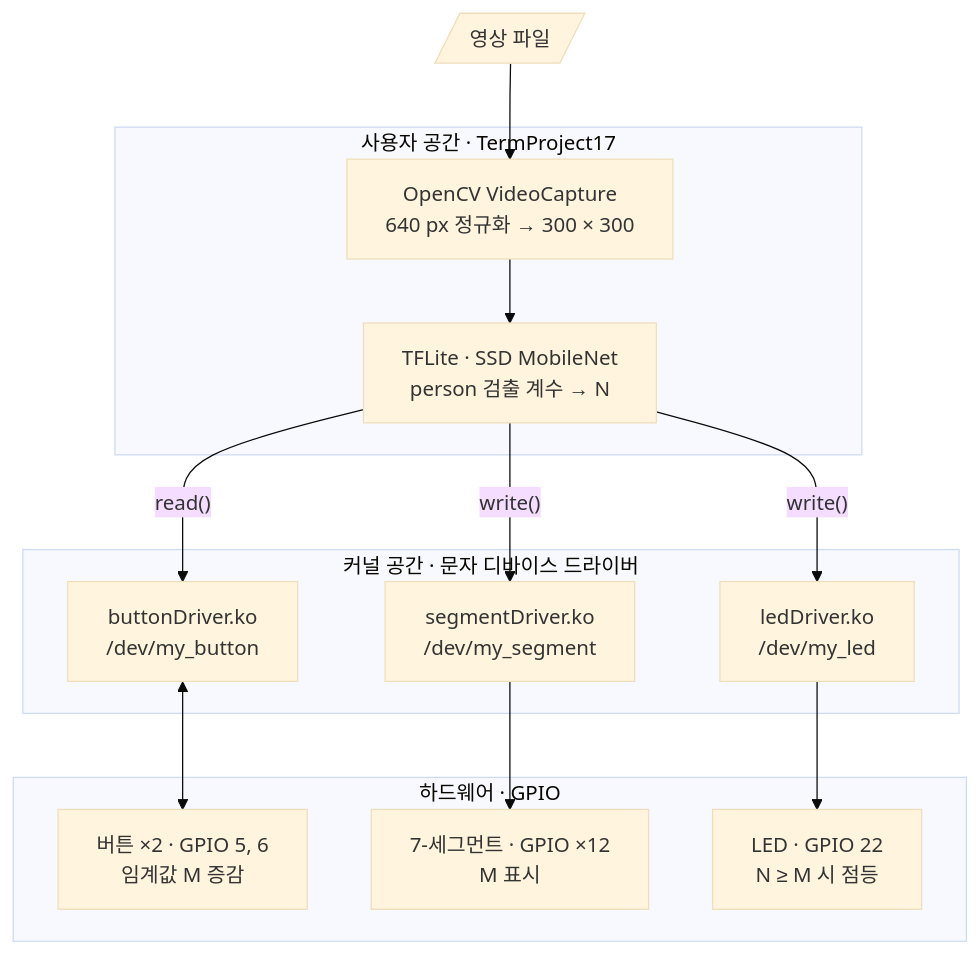
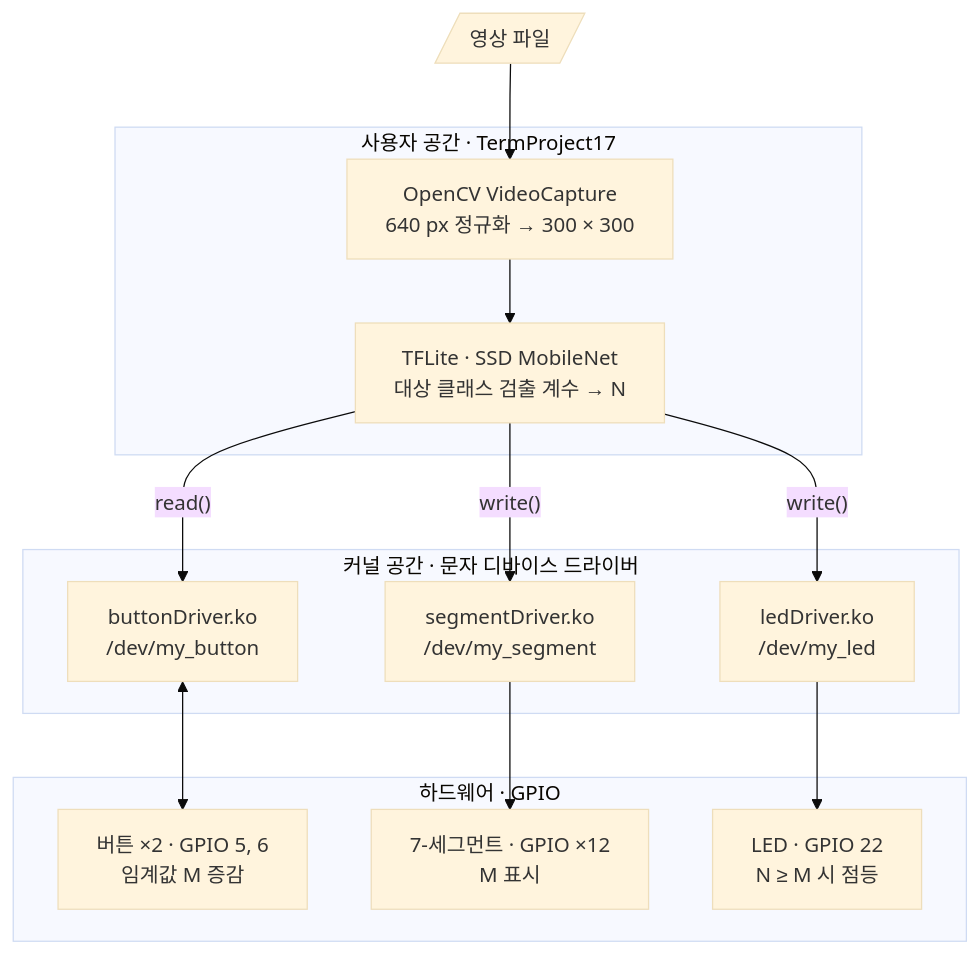
The diagram in README.md (kxxholee/rpi-gpio-alarm), drawn with Mermaid (base theme) before and after one commit. The commit also changed other lines of this file and 1 other file, not shown here.

````diff
--- a/README.md
+++ b/README.md
@@ -26,30 +35,30 @@
 ```mermaid
 flowchart TB
     video[/"영상 파일"/]
 
     subgraph user["사용자 공간 · TermProject17"]
         cap["OpenCV VideoCapture<br>640 px 정규화 → 300 × 300"]
-        inf["TFLite · SSD MobileNet<br>person 검출 계수 → N"]
+        inf["TFLite · SSD MobileNet<br>대상 클래스 검출 계수 → N"]
         cap --> inf
     end
 
     subgraph kern["커널 공간 · 문자 디바이스 드라이버"]
         drvbtn["buttonDriver.ko<br>/dev/my_button"]
         drvseg["segmentDriver.ko<br>/dev/my_segment"]
         drvled["ledDriver.ko<br>/dev/my_led"]
     end
 
     subgraph hw["하드웨어 · GPIO"]
         gbtn["버튼 ×2 · GPIO 5, 6<br>임계값 M 증감"]
         gseg["7-세그먼트 · GPIO ×12<br>M 표시"]
         gled["LED · GPIO 22<br>N ≥ M 시 점등"]
     end
 
     video --> cap
     inf -->|"read()"| drvbtn
     inf -->|"write()"| drvseg
     inf -->|"write()"| drvled
     drvbtn <--> gbtn
     drvseg --> gseg
     drvled --> gled
 ```
````
